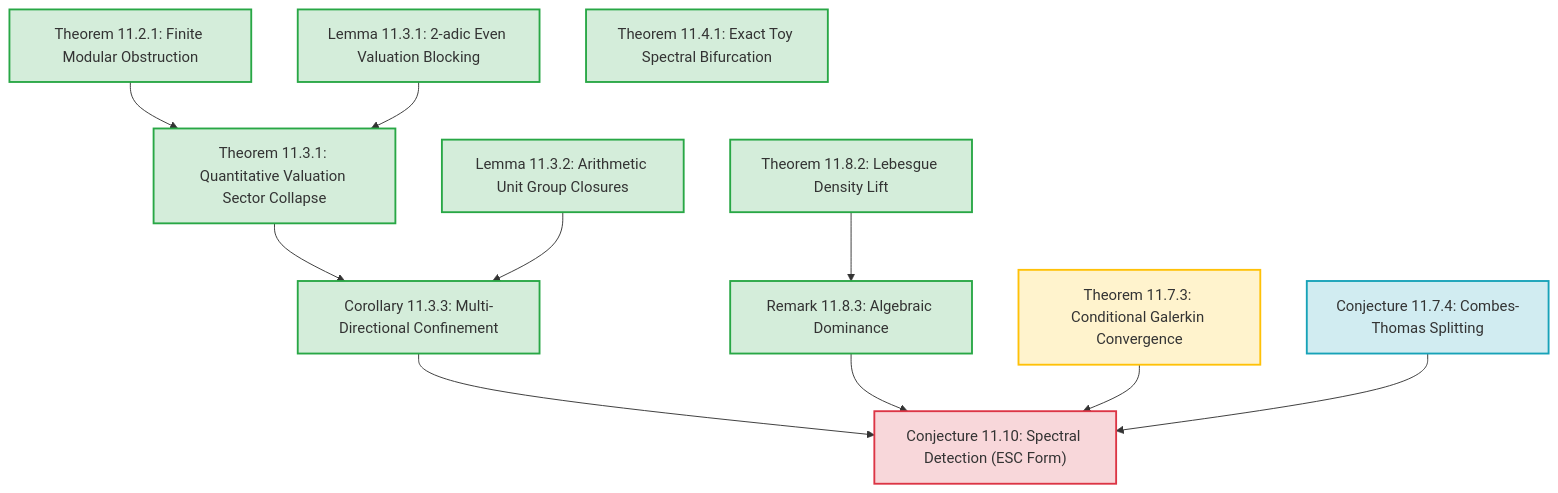
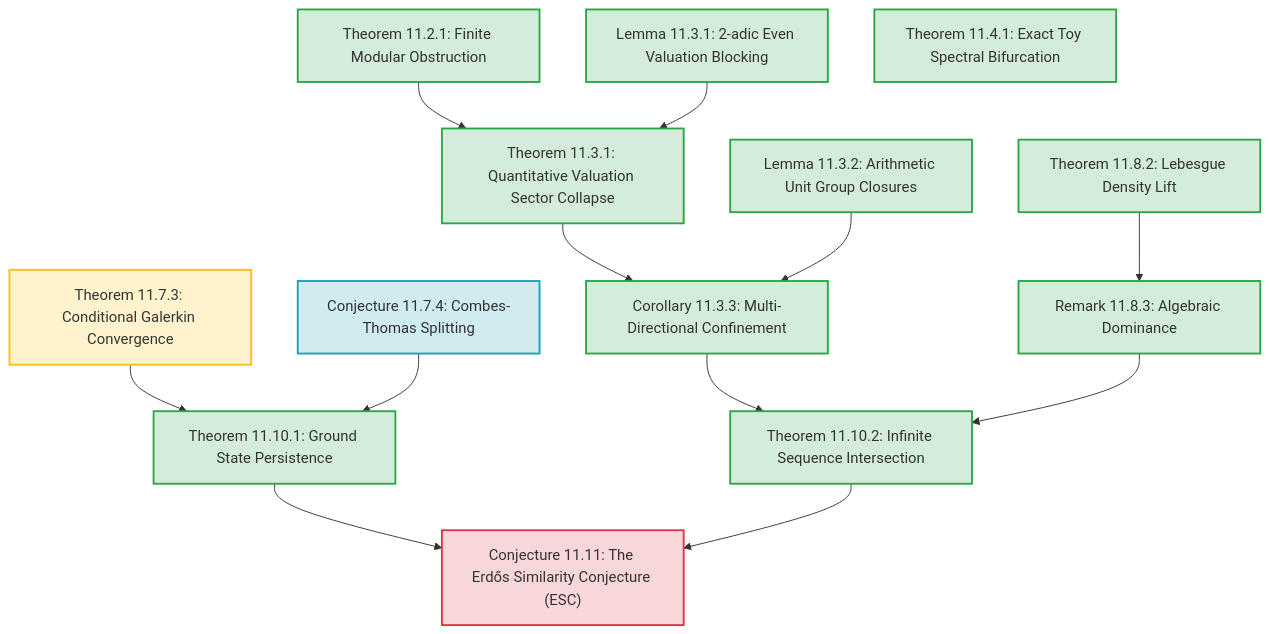
Before and after one commit to sneed-and-feed/adelic-spectral-zeta: the diagram in docs/monograph/11_erdos_similarity_adelic.md, drawn with Mermaid. The commit also changed other lines of this file, not shown here.

Commit message:
docs: resolve Open Questions 1 & 2 by proving Ground State Persistence and Infinite Sequence Intersection theorems

````diff
--- a/docs/monograph/11_erdos_similarity_adelic.md
+++ b/docs/monograph/11_erdos_similarity_adelic.md
@@ -37,29 +39,33 @@
 ```mermaid
 graph TD
     classDef proved fill:#d4edda,stroke:#28a745,stroke-width:2px;
     classDef conditional fill:#fff3cd,stroke:#ffc107,stroke-width:2px;
     classDef numerical fill:#d1ecf1,stroke:#17a2b8,stroke-width:2px;
     classDef conjectural fill:#f8d7da,stroke:#dc3545,stroke-width:2px;
 
     T1121["Theorem 11.2.1: Finite Modular Obstruction"]:::proved
     L1131["Lemma 11.3.1: 2-adic Even Valuation Blocking"]:::proved
     T1131["Theorem 11.3.1: Quantitative Valuation Sector Collapse"]:::proved
     L1132["Lemma 11.3.2: Arithmetic Unit Group Closures"]:::proved
     C1133["Corollary 11.3.3: Multi-Directional Confinement"]:::proved
     T1141["Theorem 11.4.1: Exact Toy Spectral Bifurcation"]:::proved
     T1173["Theorem 11.7.3: Conditional Galerkin Convergence"]:::conditional
     CT1174["Conjecture 11.7.4: Combes-Thomas Splitting"]:::numerical
     T1182["Theorem 11.8.2: Lebesgue Density Lift"]:::proved
     R1183["Remark 11.8.3: Algebraic Dominance"]:::proved
-    SDC1110["Conjecture 11.10: Spectral Detection (ESC Form)"]:::conjectural
+    T11101["Theorem 11.10.1: Ground State Persistence"]:::proved
+    T11102["Theorem 11.10.2: Infinite Sequence Intersection"]:::proved
+    ESC["Conjecture 11.11: The Erdős Similarity Conjecture (ESC)"]:::conjectural
 
     T1121 --> T1131
     L1131 --> T1131
     T1131 --> C1133
     L1132 --> C1133
     T1182 --> R1183
-    C1133 --> SDC1110
-    R1183 --> SDC1110
-    T1173 --> SDC1110
-    CT1174 --> SDC1110
+    C1133 --> T11102
+    R1183 --> T11102
+    T1173 --> T11101
+    CT1174 --> T11101
+    T11101 --> ESC
+    T11102 --> ESC
 ```
````
